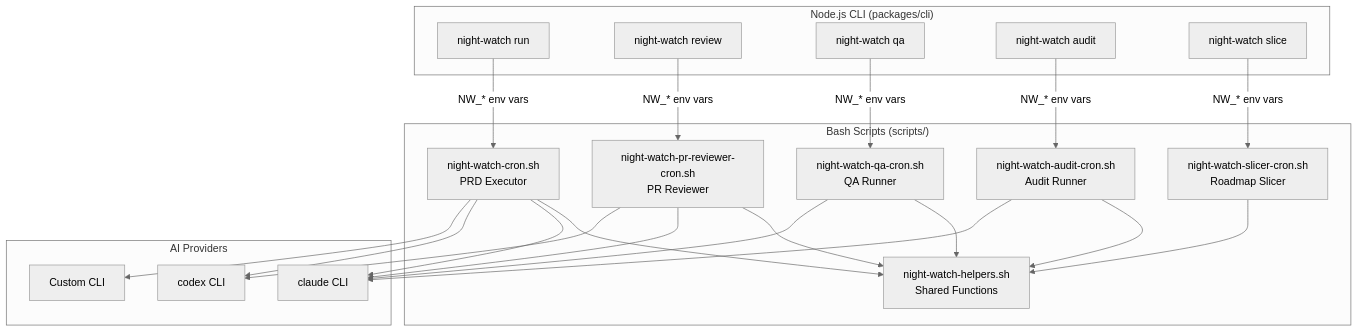
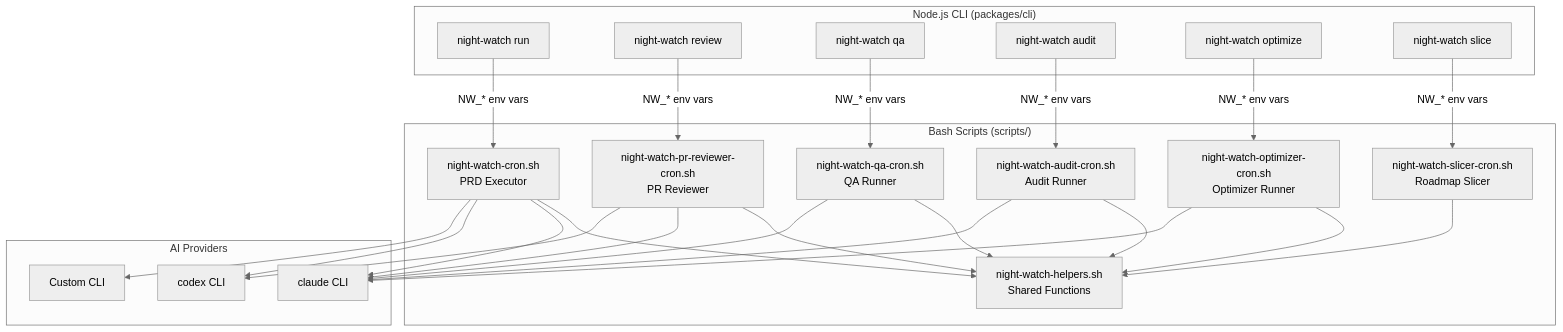
One commit to jonit-dev/night-watch-cli changed the first of 3 diagrams in docs/reference/bash-scripts.md. Above: the diagram before and after it, drawn with Mermaid (neutral theme). The commit also changed other lines of this file and 45 other files, not shown here.

````diff
--- a/docs/reference/bash-scripts.md
+++ b/docs/reference/bash-scripts.md
@@ -11,45 +11,50 @@
 ```mermaid
 graph TB
     subgraph CLI["Node.js CLI (packages/cli)"]
         RUN["night-watch run"]
         REV["night-watch review"]
         QA["night-watch qa"]
         AUDIT["night-watch audit"]
+        OPTIMIZE["night-watch optimize"]
         SLICE["night-watch slice"]
     end
 
     subgraph Scripts["Bash Scripts (scripts/)"]
         CRON["night-watch-cron.sh<br/>PRD Executor"]
         PRREV["night-watch-pr-reviewer-cron.sh<br/>PR Reviewer"]
         QACRON["night-watch-qa-cron.sh<br/>QA Runner"]
         AUDITCRON["night-watch-audit-cron.sh<br/>Audit Runner"]
+        OPTCRON["night-watch-optimizer-cron.sh<br/>Optimizer Runner"]
         SLICER["night-watch-slicer-cron.sh<br/>Roadmap Slicer"]
         HELPERS["night-watch-helpers.sh<br/>Shared Functions"]
     end
 
     subgraph Providers["AI Providers"]
         CLAUDE["claude CLI"]
         CODEX["codex CLI"]
         CUSTOM["Custom CLI"]
     end
 
     RUN -->|"NW_* env vars"| CRON
     REV -->|"NW_* env vars"| PRREV
     QA -->|"NW_* env vars"| QACRON
     AUDIT -->|"NW_* env vars"| AUDITCRON
+    OPTIMIZE -->|"NW_* env vars"| OPTCRON
     SLICE -->|"NW_* env vars"| SLICER
 
     CRON --> HELPERS
     PRREV --> HELPERS
     QACRON --> HELPERS
     AUDITCRON --> HELPERS
+    OPTCRON --> HELPERS
     SLICER --> HELPERS
 
     CRON --> CLAUDE
     CRON --> CODEX
     CRON --> CUSTOM
     PRREV --> CLAUDE
     PRREV --> CODEX
     QACRON --> CLAUDE
     AUDITCRON --> CLAUDE
+    OPTCRON --> CLAUDE
 ```
````
